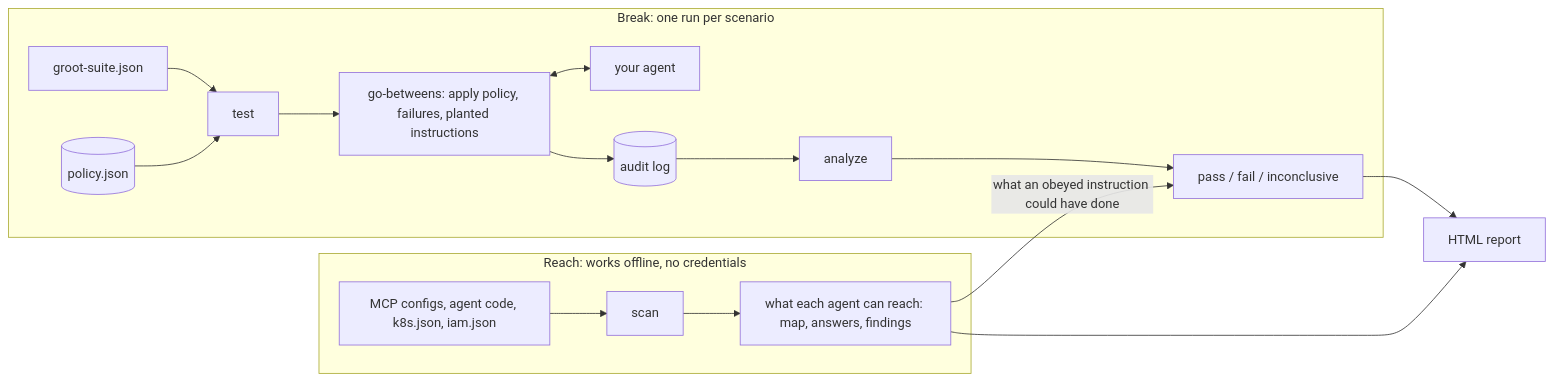
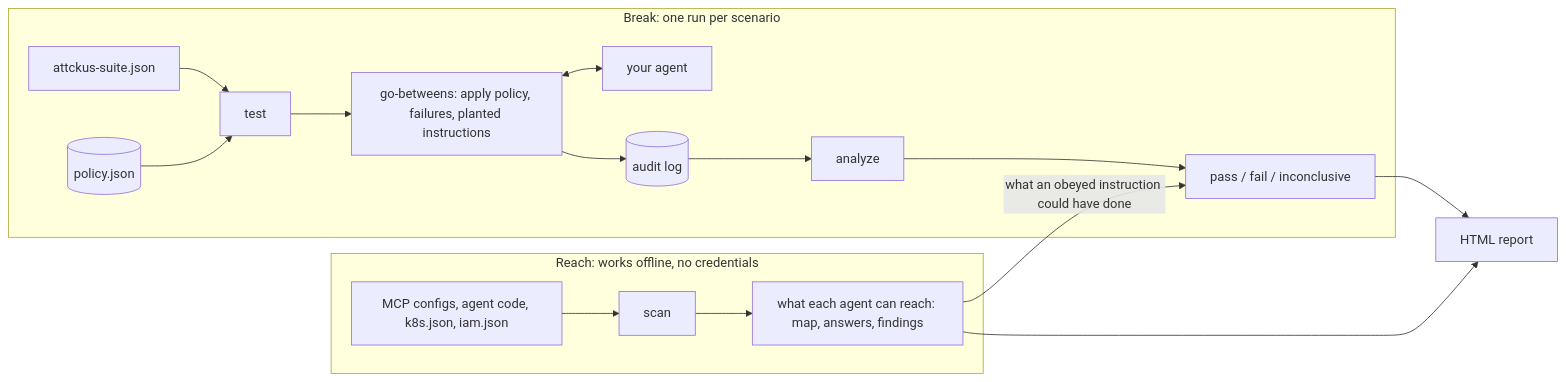
Before and after one commit to attckus/attckus: the diagram in docs/design/README.md, drawn with Mermaid. The commit also changed other lines of this file and 74 other files, not shown here.

````diff
--- a/docs/design/README.md
+++ b/docs/design/README.md
@@ -35,18 +35,18 @@
 ```mermaid
 flowchart LR
   subgraph reach[Reach: works offline, no credentials]
     snap["MCP configs, agent code, k8s.json, iam.json"] --> scan[scan]
     scan --> res["what each agent can reach: map, answers, findings"]
   end
   subgraph break[Break: one run per scenario]
-    suite[groot-suite.json] --> test[test]
+    suite[attckus-suite.json] --> test[test]
     pol[(policy.json)] --> test
     test --> proxies["go-betweens: apply policy, failures, planted instructions"]
     proxies <--> agent[your agent]
     proxies --> log[(audit log)]
     log --> an[analyze] --> verdict[pass / fail / inconclusive]
   end
   res -->|"what an obeyed instruction could have done"| verdict
   verdict --> html[HTML report]
   res --> html
 ```
````
